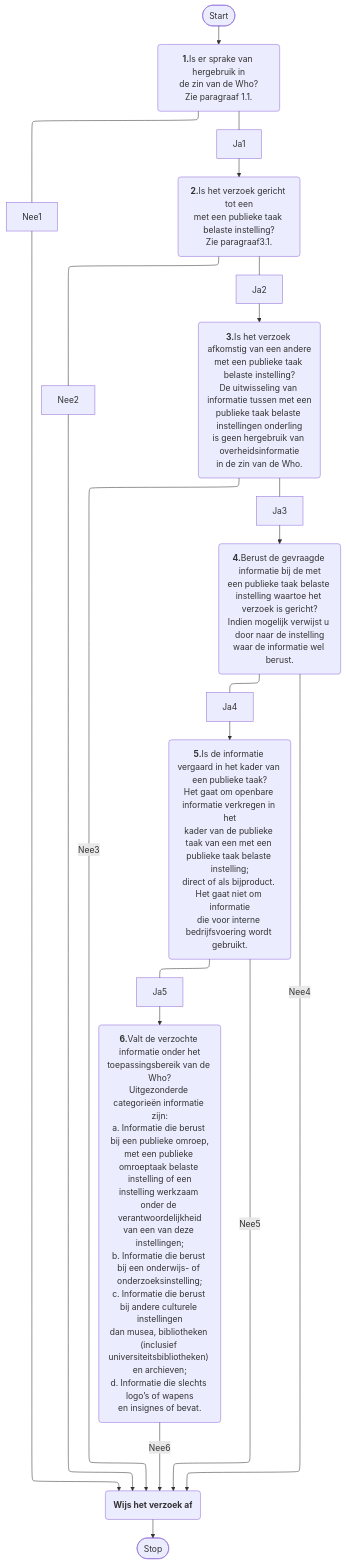
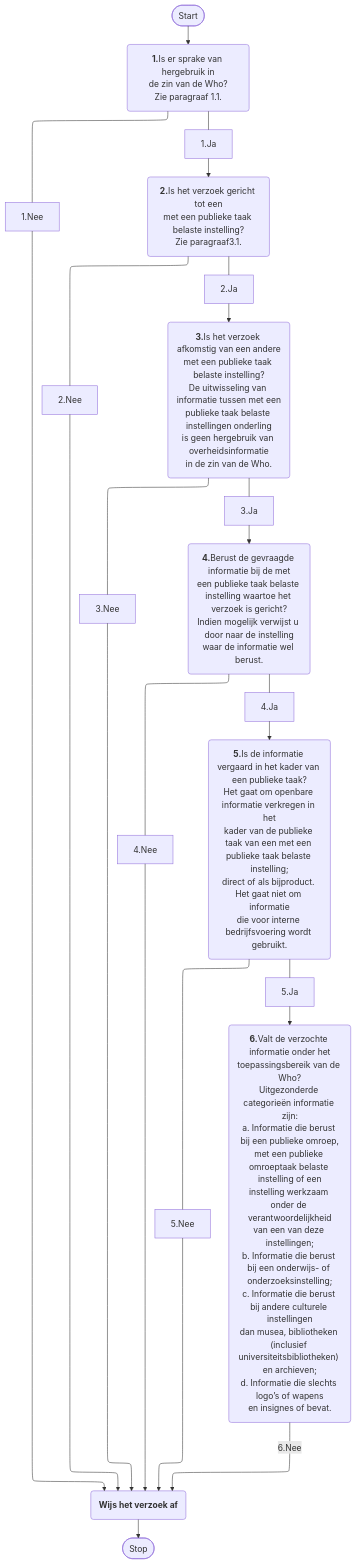
One commit to VNG-Realisatie/VNG-R-Respec-Template changed the diagram in test.md. Above: the diagram before and after it, drawn with Mermaid.

````diff
--- a/test.md
+++ b/test.md
@@ -7,30 +7,30 @@
 ```mermaid
 %%{init: {"flowchart": {"defaultRenderer": "elk"}} }%%
 graph TD
     A([Start])---->B("<b>1.</b><br/>Is er sprake van hergebruik in de zin van de Who?<br/>Zie paragraaf 1.1.")
 
-    B("<b>1.</b>Is er sprake van hergebruik in<br/>de zin van de Who?<br/>Zie paragraaf 1.1.")---Nee1--->L("<b>Wijs het verzoek af</b>")
+    B("<b>1.</b>Is er sprake van hergebruik in<br/>de zin van de Who?<br/>Zie paragraaf 1.1.")--- 1.Nee --->L("<b>Wijs het verzoek af</b>")
 
-    B("<b>1.</b>Is er sprake van hergebruik in<br/>de zin van de Who?<br/>Zie paragraaf 1.1.")---Ja1--->C("<b>2.</b>Is het verzoek gericht tot een<br/>met een publieke taak belaste instelling?<br/>Zie paragraaf3.1.")
+    B("<b>1.</b>Is er sprake van hergebruik in<br/>de zin van de Who?<br/>Zie paragraaf 1.1.")--- 1.Ja --->C("<b>2.</b>Is het verzoek gericht tot een<br/>met een publieke taak belaste instelling?<br/>Zie paragraaf3.1.")
 
-    C("<b>2.</b>Is het verzoek gericht tot een<br/>met een publieke taak belaste instelling?<br/>Zie paragraaf3.1.")---Nee2--->L("<b>Wijs het verzoek af</b>")
+    C("<b>2.</b>Is het verzoek gericht tot een<br/>met een publieke taak belaste instelling?<br/>Zie paragraaf3.1.")--- 2.Nee --->L("<b>Wijs het verzoek af</b>")
 
     C("<b>2.</b>Is het verzoek gericht tot een<br/>met een publieke taak belaste instelling?<br/>Zie paragraaf3.1.")
----Ja2--->D("<b>3.</b>Is het verzoek afkomstig van een andere<br/>met een publieke taak belaste instelling?<br/>De uitwisseling van informatie tussen met een<br/>publieke taak belaste instellingen onderling<br/>is geen hergebruik van overheidsinformatie<br/>in de zin van de Who.")
+--- 2.Ja --->D("<b>3.</b>Is het verzoek afkomstig van een andere<br/>met een publieke taak belaste instelling?<br/>De uitwisseling van informatie tussen met een<br/>publieke taak belaste instellingen onderling<br/>is geen hergebruik van overheidsinformatie<br/>in de zin van de Who.")
 
-    D("<b>3.</b>Is het verzoek afkomstig van een andere<br/>met een publieke taak belaste instelling?<br/>De uitwisseling van informatie tussen met een<br/>publieke taak belaste instellingen onderling<br/>is geen hergebruik van overheidsinformatie<br/>in de zin van de Who.")--Nee3--->L("<b>Wijs het verzoek af</b>")
+    D("<b>3.</b>Is het verzoek afkomstig van een andere<br/>met een publieke taak belaste instelling?<br/>De uitwisseling van informatie tussen met een<br/>publieke taak belaste instellingen onderling<br/>is geen hergebruik van overheidsinformatie<br/>in de zin van de Who.")--- 3.Nee --->L("<b>Wijs het verzoek af</b>")
 
-    D("<b>3.</b>Is het verzoek afkomstig van een andere<br/>met een publieke taak belaste instelling?<br/>De uitwisseling van informatie tussen met een<br/>publieke taak belaste instellingen onderling<br/>is geen hergebruik van overheidsinformatie<br/>in de zin van de Who.")---Ja3--->E("<b>4.</b>"Berust de gevraagde informatie bij de met<br/>een publieke taak belaste instelling waartoe het verzoek is gericht?<br/>Indien mogelijk verwijst u door naar de instelling waar de informatie wel berust.)
+    D("<b>3.</b>Is het verzoek afkomstig van een andere<br/>met een publieke taak belaste instelling?<br/>De uitwisseling van informatie tussen met een<br/>publieke taak belaste instellingen onderling<br/>is geen hergebruik van overheidsinformatie<br/>in de zin van de Who.")--- 3.Ja --->E("<b>4.</b>"Berust de gevraagde informatie bij de met<br/>een publieke taak belaste instelling waartoe het verzoek is gericht?<br/>Indien mogelijk verwijst u door naar de instelling waar de informatie wel berust.)
 
-    E("<b>4.</b>"Berust de gevraagde informatie bij de met<br/>een publieke taak belaste instelling waartoe het verzoek is gericht?<br/>Indien mogelijk verwijst u door naar de instelling<br/>waar de informatie wel berust.)--Nee4--->L("<b>Wijs het verzoek af</b>")
+    E("<b>4.</b>"Berust de gevraagde informatie bij de met<br/>een publieke taak belaste instelling waartoe het verzoek is gericht?<br/>Indien mogelijk verwijst u door naar de instelling<br/>waar de informatie wel berust.)--- 4.Nee --->L("<b>Wijs het verzoek af</b>")
 
-    E("<b>4.</b>"Berust de gevraagde informatie bij de met<br/>een publieke taak belaste instelling waartoe het verzoek is gericht?<br/>Indien mogelijk verwijst u door naar de instelling<br/>waar de informatie wel berust.)---Ja4---> F("<b>5.</b>Is de informatie vergaard in het kader van een publieke taak?<br/>Het gaat om openbare informatie verkregen in het<br/>kader van de publieke taak van een met een publieke taak belaste instelling;<br/>direct of als bijproduct. Het gaat niet om informatie<br/>die voor interne bedrijfsvoering wordt gebruikt.")
+    E("<b>4.</b>"Berust de gevraagde informatie bij de met<br/>een publieke taak belaste instelling waartoe het verzoek is gericht?<br/>Indien mogelijk verwijst u door naar de instelling<br/>waar de informatie wel berust.)--- 4.Ja ---> F("<b>5.</b>Is de informatie vergaard in het kader van een publieke taak?<br/>Het gaat om openbare informatie verkregen in het<br/>kader van de publieke taak van een met een publieke taak belaste instelling;<br/>direct of als bijproduct. Het gaat niet om informatie<br/>die voor interne bedrijfsvoering wordt gebruikt.")
 
-    F("<b>5.</b>Is de informatie vergaard in het kader van een publieke taak?<br/>Het gaat om openbare informatie verkregen in het<br/>kader van de publieke taak van een met een publieke taak belaste instelling;<br/>direct of als bijproduct. Het gaat niet om informatie<br/>die voor interne bedrijfsvoering wordt gebruikt.")--Nee5--->L("<b>Wijs het verzoek af</b>")
+    F("<b>5.</b>Is de informatie vergaard in het kader van een publieke taak?<br/>Het gaat om openbare informatie verkregen in het<br/>kader van de publieke taak van een met een publieke taak belaste instelling;<br/>direct of als bijproduct. Het gaat niet om informatie<br/>die voor interne bedrijfsvoering wordt gebruikt.")--- 5.Nee --->L("<b>Wijs het verzoek af</b>")
 
-    F("<b>5.</b>Is de informatie vergaard in het kader van een publieke taak?<br/>Het gaat om openbare informatie verkregen in het<br/>kader van de publieke taak van een met een publieke taak belaste instelling;<br/>direct of als bijproduct. Het gaat niet om informatie<br/>die voor interne bedrijfsvoering wordt gebruikt.")---Ja5--->G("<b>6.</b>Valt de verzochte informatie onder het<br/>toepassingsbereik van de Who?<br/>Uitgezonderde categorieën informatie zijn:<br/>a. Informatie die berust bij een publieke omroep,<br/>met een publieke omroeptaak belaste instelling of een<br/>instelling werkzaam onder de verantwoordelijkheid<br/>van een van deze instellingen;<br/>b. Informatie die berust bij een onderwijs- of onderzoeksinstelling;<br/>c. Informatie die berust bij andere culturele instellingen<br/>dan musea, bibliotheken (inclusief universiteitsbibliotheken) en archieven;<br/>d. Informatie die slechts logo’s of wapens<br/>en insignes of bevat.")
+    F("<b>5.</b>Is de informatie vergaard in het kader van een publieke taak?<br/>Het gaat om openbare informatie verkregen in het<br/>kader van de publieke taak van een met een publieke taak belaste instelling;<br/>direct of als bijproduct. Het gaat niet om informatie<br/>die voor interne bedrijfsvoering wordt gebruikt.")--- 5.Ja --->G("<b>6.</b>Valt de verzochte informatie onder het<br/>toepassingsbereik van de Who?<br/>Uitgezonderde categorieën informatie zijn:<br/>a. Informatie die berust bij een publieke omroep,<br/>met een publieke omroeptaak belaste instelling of een<br/>instelling werkzaam onder de verantwoordelijkheid<br/>van een van deze instellingen;<br/>b. Informatie die berust bij een onderwijs- of onderzoeksinstelling;<br/>c. Informatie die berust bij andere culturele instellingen<br/>dan musea, bibliotheken (inclusief universiteitsbibliotheken) en archieven;<br/>d. Informatie die slechts logo’s of wapens<br/>en insignes of bevat.")
 
-    G("<b>6.</b>Valt de verzochte informatie onder het<br/>toepassingsbereik van de Who?<br/>Uitgezonderde categorieën informatie zijn:<br/>a. Informatie die berust bij een publieke omroep,<br/>met een publieke omroeptaak belaste instelling of een<br/>instelling werkzaam onder de verantwoordelijkheid<br/>van een van deze instellingen;<br/>b. Informatie die berust bij een onderwijs- of onderzoeksinstelling;<br/>c. Informatie die berust bij andere culturele instellingen<br/>dan musea, bibliotheken (inclusief universiteitsbibliotheken) en archieven;<br/>d. Informatie die slechts logo’s of wapens<br/>en insignes of bevat.")--Nee6--->L("<b>Wijs het verzoek af</b>")
+    G("<b>6.</b>Valt de verzochte informatie onder het<br/>toepassingsbereik van de Who?<br/>Uitgezonderde categorieën informatie zijn:<br/>a. Informatie die berust bij een publieke omroep,<br/>met een publieke omroeptaak belaste instelling of een<br/>instelling werkzaam onder de verantwoordelijkheid<br/>van een van deze instellingen;<br/>b. Informatie die berust bij een onderwijs- of onderzoeksinstelling;<br/>c. Informatie die berust bij andere culturele instellingen<br/>dan musea, bibliotheken (inclusief universiteitsbibliotheken) en archieven;<br/>d. Informatie die slechts logo’s of wapens<br/>en insignes of bevat.")-- 6.Nee --->L("<b>Wijs het verzoek af</b>")
 ---->X([Stop])
 
 ```
````
